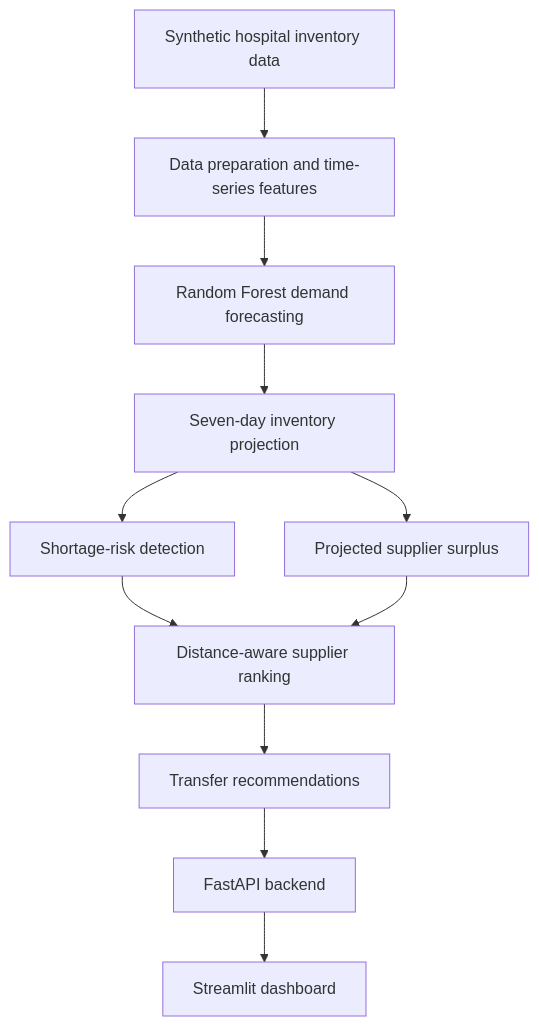
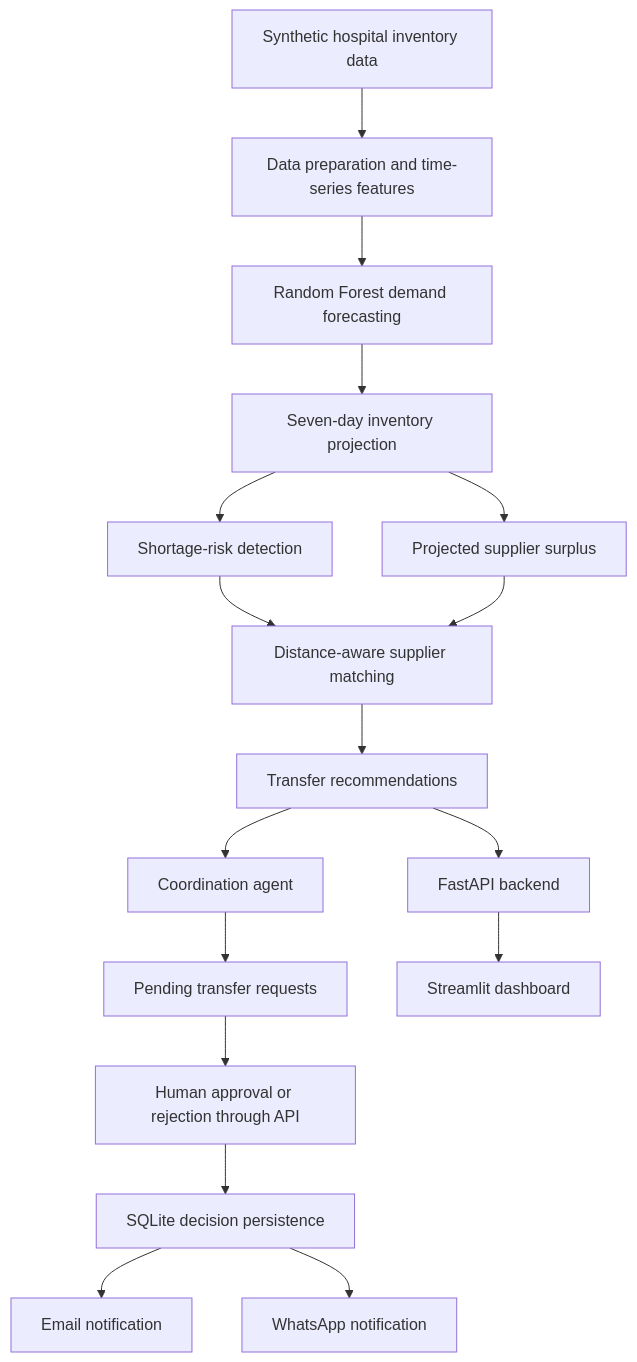
The diagram in README.md (AmishaSingh0408/bloodlink-network), drawn with Mermaid before and after one commit. The commit also changed other lines of this file, not shown here.

Commit message:
Update README for coordination and notification workflow

```diff
--- a/README.md
+++ b/README.md
@@ -19,13 +23,19 @@
 ~~~mermaid
 flowchart TD
     A["Synthetic hospital inventory data"] --> B["Data preparation and time-series features"]
     B --> C["Random Forest demand forecasting"]
     C --> D["Seven-day inventory projection"]
     D --> E["Shortage-risk detection"]
     D --> F["Projected supplier surplus"]
-    E --> G["Distance-aware supplier ranking"]
+    E --> G["Distance-aware supplier matching"]
     F --> G
     G --> H["Transfer recommendations"]
-    H --> I["FastAPI backend"]
-    I --> J["Streamlit dashboard"]
+    H --> I["Coordination agent"]
+    I --> J["Pending transfer requests"]
+    J --> K["Human approval or rejection through API"]
+    K --> L["SQLite decision persistence"]
+    L --> M["Email notification"]
+    L --> N["WhatsApp notification"]
+    H --> O["FastAPI backend"]
+    O --> P["Streamlit dashboard"]
 ~~~
```
